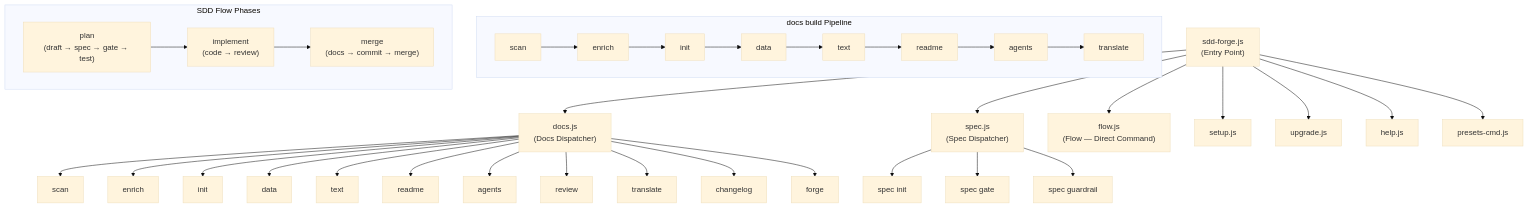
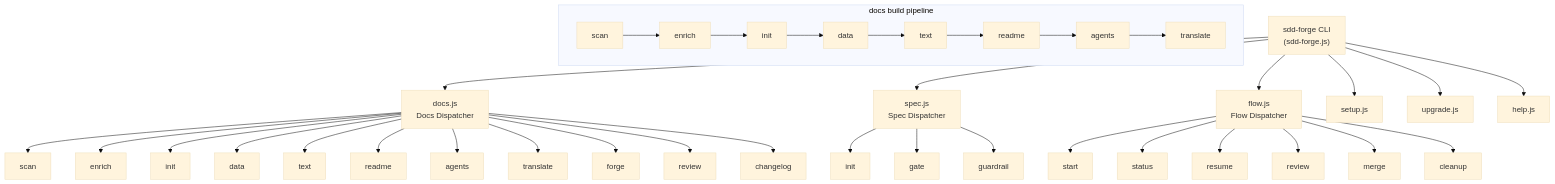
The diagram in docs/overview.md (SpreadWorks/sdd-forge), drawn with Mermaid (base theme) before and after one commit. The commit also changed other lines of this file and 26 other files, not shown here.

````diff
--- a/docs/overview.md
+++ b/docs/overview.md
@@ -31,41 +35,39 @@
 ```mermaid
 flowchart TD
-    CLI["sdd-forge.js<br/>(Entry Point)"]
+    CLI["sdd-forge CLI<br/>(sdd-forge.js)"]
 
-    CLI --> DOCS["docs.js<br/>(Docs Dispatcher)"]
-    CLI --> SPEC["spec.js<br/>(Spec Dispatcher)"]
-    CLI --> FLOW["flow.js<br/>(Flow — Direct Command)"]
-    CLI --> SETUP["setup.js"]
-    CLI --> UPGRADE["upgrade.js"]
-    CLI --> HELP["help.js"]
-    CLI --> PRESETS["presets-cmd.js"]
+    CLI --> docs["docs.js<br/>Docs Dispatcher"]
+    CLI --> spec["spec.js<br/>Spec Dispatcher"]
+    CLI --> flow["flow.js<br/>Flow Dispatcher"]
+    CLI --> setup["setup.js"]
+    CLI --> upgrade["upgrade.js"]
+    CLI --> help["help.js"]
 
-    DOCS --> SCAN["scan"]
-    DOCS --> ENRICH["enrich"]
-    DOCS --> INIT["init"]
-    DOCS --> DATA["data"]
-    DOCS --> TEXT["text"]
-    DOCS --> README["readme"]
-    DOCS --> AGENTS["agents"]
-    DOCS --> REVIEW["review"]
-    DOCS --> TRANSLATE["translate"]
-    DOCS --> CHANGELOG["changelog"]
-    DOCS --> FORGE["forge"]
+    docs --> scan["scan"]
+    docs --> enrich["enrich"]
+    docs --> init["init"]
+    docs --> data["data"]
+    docs --> text["text"]
+    docs --> readme["readme"]
+    docs --> agents["agents"]
+    docs --> translate["translate"]
+    docs --> forge["forge"]
+    docs --> review_d["review"]
+    docs --> changelog["changelog"]
 
-    SPEC --> SPECINIT["spec init"]
-    SPEC --> GATE["spec gate"]
-    SPEC --> GUARDRAIL["spec guardrail"]
+    spec --> spec_init["init"]
+    spec --> gate["gate"]
+    spec --> guardrail["guardrail"]
 
-    subgraph "docs build Pipeline"
+    flow --> start["start"]
+    flow --> status["status"]
+    flow --> resume["resume"]
+    flow --> review_f["review"]
+    flow --> merge["merge"]
+    flow --> cleanup["cleanup"]
+
+    subgraph "docs build pipeline"
         direction LR
         P1["scan"] --> P2["enrich"] --> P3["init"] --> P4["data"] --> P5["text"] --> P6["readme"] --> P7["agents"] --> P8["translate"]
     end
-
-    subgraph "SDD Flow Phases"
-        direction LR
-        PLAN["plan<br/>(draft → spec → gate → test)"]
-        IMPL["implement<br/>(code → review)"]
-        MERGE["merge<br/>(docs → commit → merge)"]
-        PLAN --> IMPL --> MERGE
-    end
 ```
````
